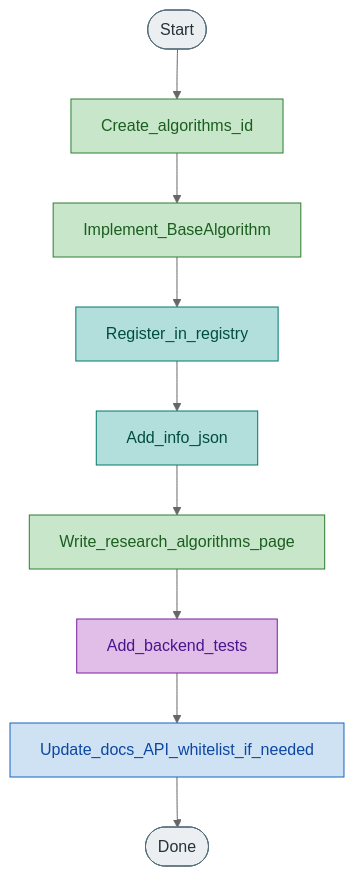
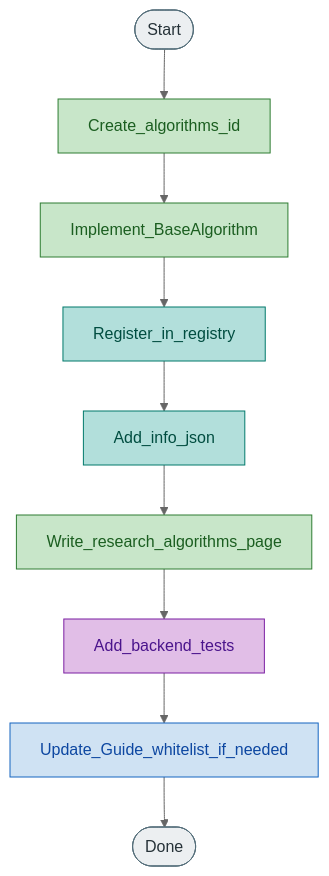
The diagram in docs/developer/contributing.md (lykimq/HerdSim), drawn with Mermaid (neutral theme) before and after one commit. The commit also changed other lines of this file and 418 other files, not shown here.

````diff
--- a/docs/developer/contributing.md
+++ b/docs/developer/contributing.md
@@ -5,28 +12,26 @@
 ```mermaid
 flowchart TD
   startNode([Start])
   pkg[Create_algorithms_id]
   impl[Implement_BaseAlgorithm]
   reg[Register_in_registry]
   info[Add_info_json]
   docs[Write_research_algorithms_page]
   tests[Add_backend_tests]
-  guide[Update_docs_API_whitelist_if_needed]
+  guide[Update_Guide_whitelist_if_needed]
   endNode([Done])
 
   startNode --> pkg --> impl --> reg --> info --> docs --> tests --> guide --> endNode
 
+  classDef domain fill:#c8e6c9,stroke:#2e7d32,color:#1b5e20
+  classDef wiring fill:#b2dfdb,stroke:#00796b,color:#004d40
+  classDef shared fill:#e1bee7,stroke:#7b1fa2,color:#4a148c
   classDef ui fill:#cfe2f3,stroke:#1565c0,color:#0d47a1
-  classDef wiring fill:#b2dfdb,stroke:#00796b,color:#004d40
-  classDef domain fill:#c8e6c9,stroke:#2e7d32,color:#1b5e20
-  classDef shared fill:#e1bee7,stroke:#7b1fa2,color:#4a148c
-  classDef transport fill:#ffe0b2,stroke:#ef6c00,color:#e65100
-  classDef question fill:#fff9c4,stroke:#f9a825,color:#5d4037
   classDef start fill:#eceff1,stroke:#546e7a,color:#263238
 
   class startNode,endNode start
   class pkg,impl,docs domain
   class reg,info wiring
   class tests shared
   class guide ui
 ```
````
